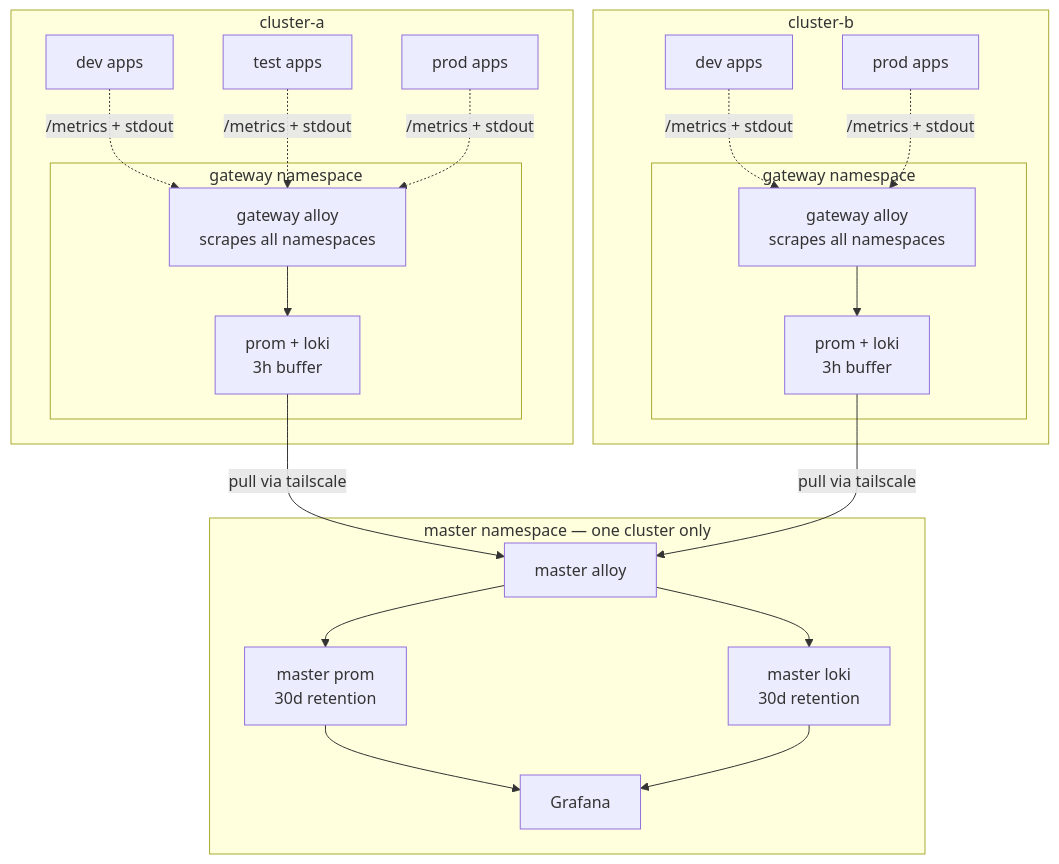
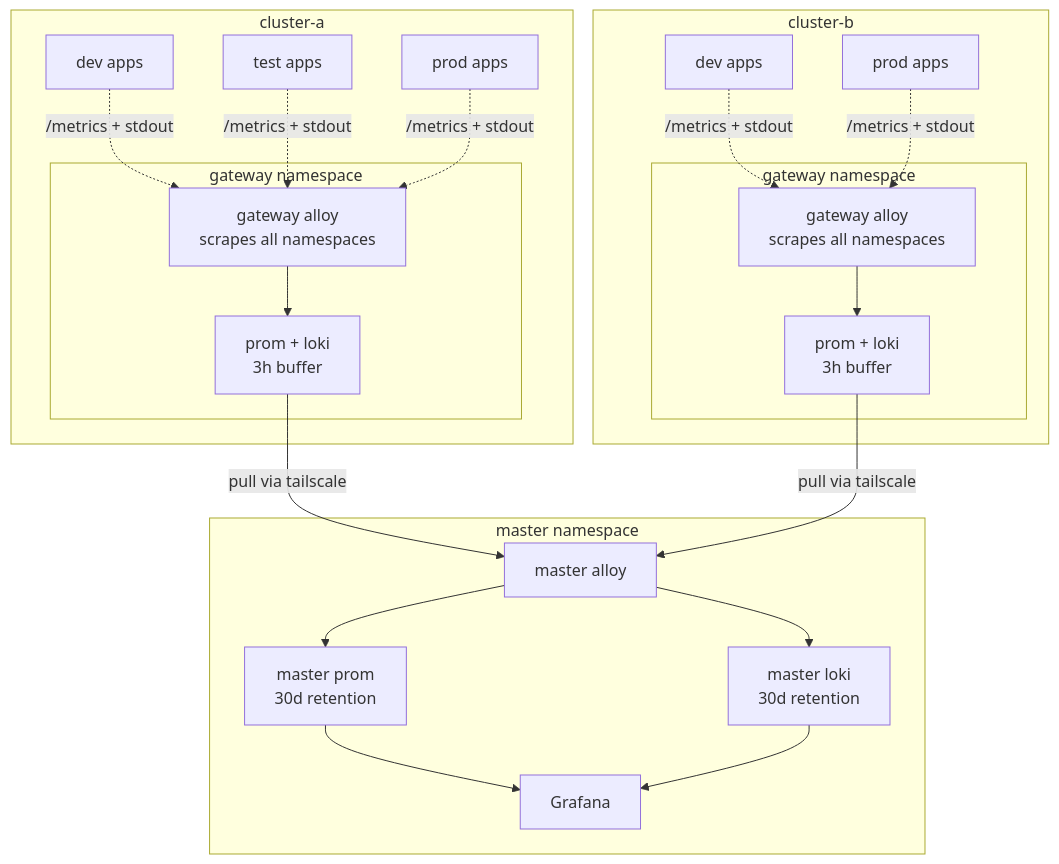
One commit to Kord96/kordinate changed the second of 5 diagrams in docs/infrastructure.md. Above: the diagram before and after it, drawn with Mermaid.

Commit message:
docs: remove 'one cluster only' from master namespace label [scribe]

````diff
--- a/docs/infrastructure.md
+++ b/docs/infrastructure.md
@@ -31,33 +31,33 @@
 ```mermaid
 flowchart TB
     subgraph CA[cluster-a]
         A1[dev apps] & A2[test apps] & A3[prod apps]
 
         subgraph gw-a[gateway namespace]
             GA[gateway alloy<br/>scrapes all namespaces] --> PA[prom + loki<br/>3h buffer]
         end
 
         A1 & A2 & A3 -.->|/metrics + stdout| GA
     end
 
-    subgraph M[master namespace — one cluster only]
+    subgraph M[master namespace]
         MA[master alloy] --> MP[master prom<br/>30d retention]
         MA --> ML[master loki<br/>30d retention]
         MP --> G[Grafana]
         ML --> G
     end
 
     PA -->|pull via tailscale| MA
 
     subgraph CB[cluster-b]
         B1[dev apps] & B2[prod apps]
 
         subgraph gw-b[gateway namespace]
             GB[gateway alloy<br/>scrapes all namespaces] --> PB[prom + loki<br/>3h buffer]
         end
 
         B1 & B2 -.->|/metrics + stdout| GB
     end
 
     PB -->|pull via tailscale| MA
 ```
````
